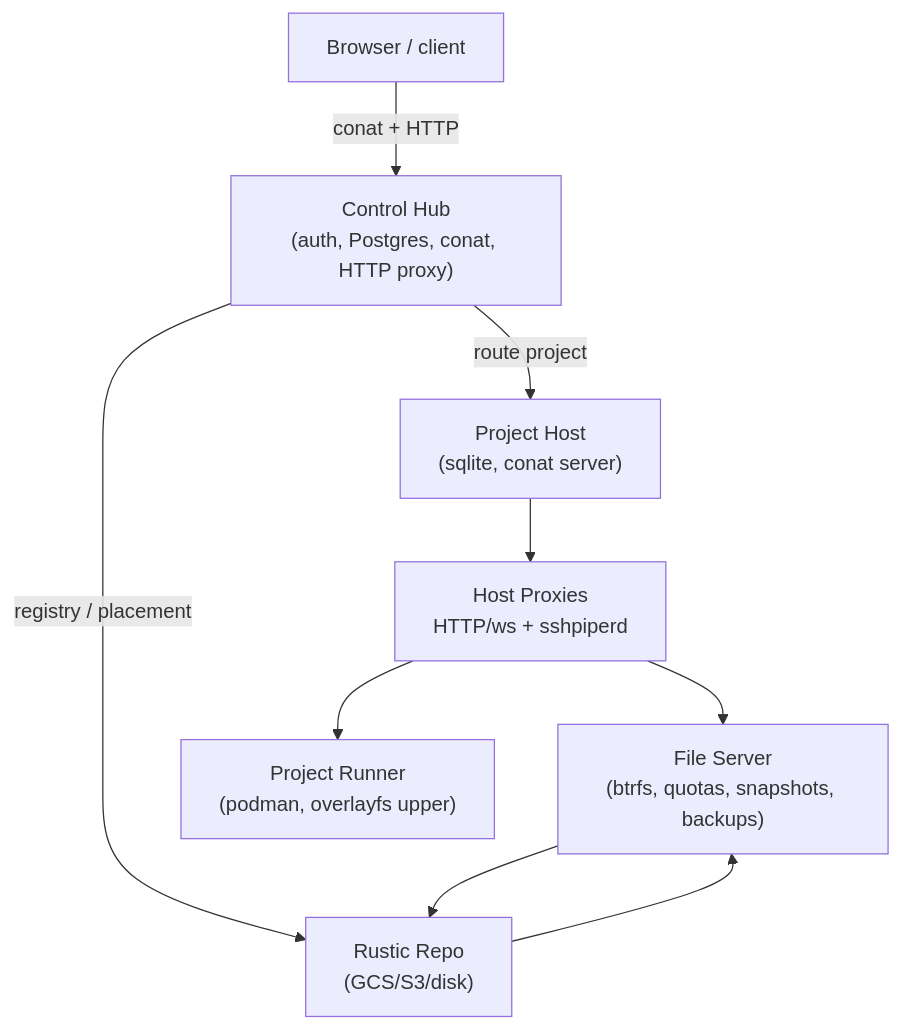
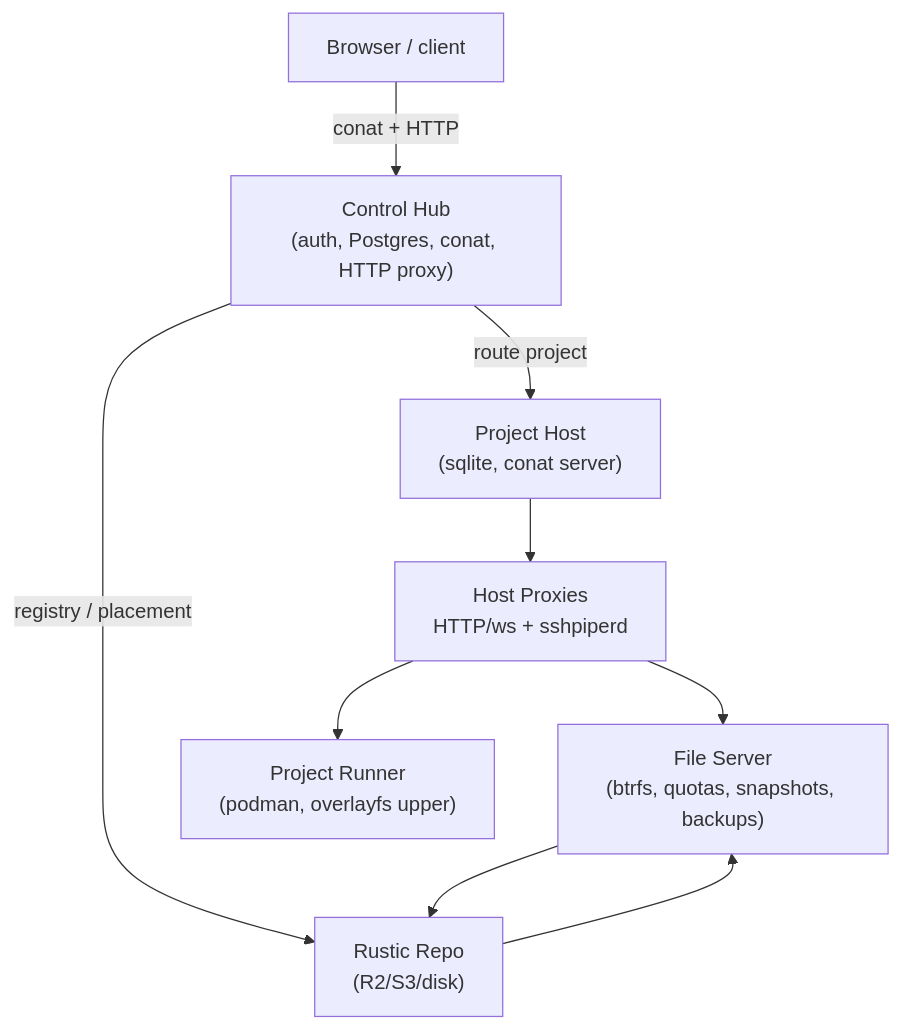
One commit to sagemathinc/cocalc-ai changed the first of 2 diagrams in docs/architecture.md. Above: the diagram before and after it, drawn with Mermaid. The commit also changed other lines of this file and 4 other files, not shown here.

````diff
--- a/docs/architecture.md
+++ b/docs/architecture.md
@@ -63,21 +63,21 @@
 ```mermaid
 flowchart TD
   Browser["Browser / client"]
   Hub["Control Hub<br/>(auth, Postgres, conat, HTTP proxy)"]
   Host["Project Host<br/>(sqlite, conat server)"]
   FS["File Server<br/>(btrfs, quotas, snapshots, backups)"]
   Runner["Project Runner<br/>(podman, overlayfs upper)"]
   Proxy["Host Proxies<br/>HTTP/ws + sshpiperd"]
-  Repo["Rustic Repo<br/>(GCS/S3/disk)"]
+  Repo["Rustic Repo<br/>(R2/S3/disk)"]
 
   Browser -->|conat + HTTP| Hub
   Hub -->|route project| Host
   Hub -->|registry / placement| Repo
 
   Host --> Proxy
   Proxy --> Runner
   Proxy --> FS
 
   FS --> Repo
   Repo --> FS
 ```
````
